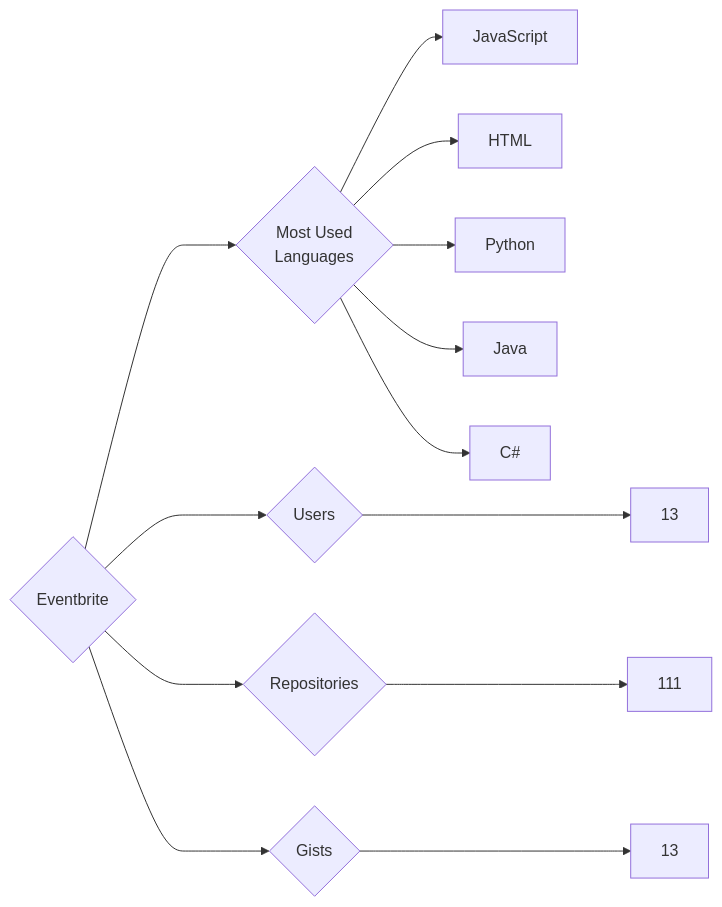
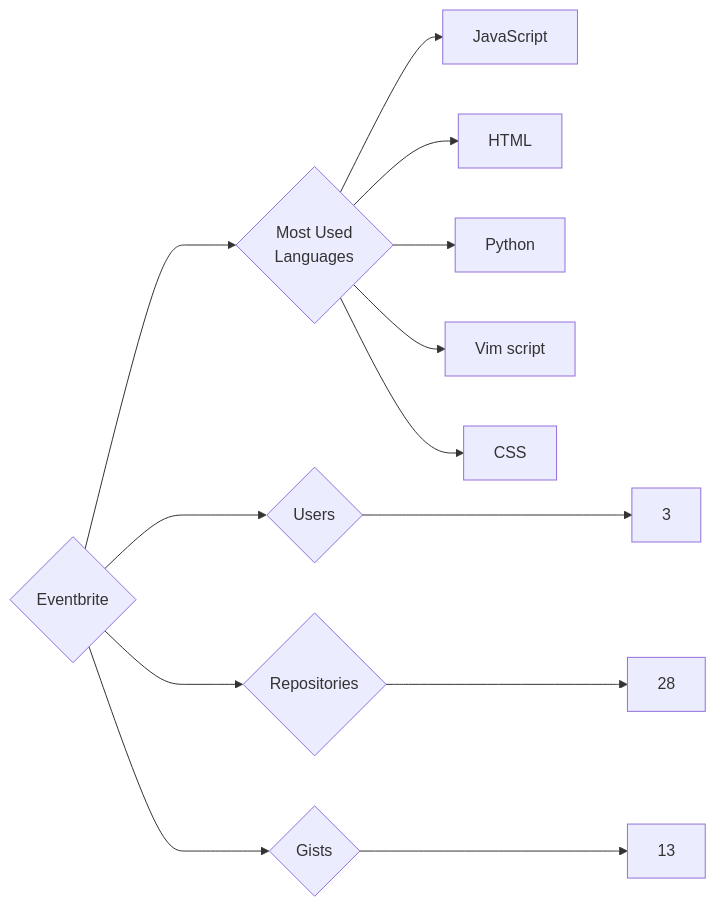
The diagram in targets/Eventbrite/README.md (trickest/insiders), drawn with Mermaid before and after one commit. The commit also changed 873 other files, not shown here.

````diff
--- a/targets/Eventbrite/README.md
+++ b/targets/Eventbrite/README.md
@@ -3,13 +3,13 @@
 ```mermaid
 graph LR
 COMPANY_NAME{Eventbrite}
-COMPANY_NAME ---> U{Users} ---> UN[13]
-COMPANY_NAME ---> R{Repositories} ---> RN[111]
+COMPANY_NAME ---> U{Users} ---> UN[3]
+COMPANY_NAME ---> R{Repositories} ---> RN[28]
 COMPANY_NAME ---> G{Gists} ---> GN[13]
 COMPANY_NAME ---> ML{Most Used<br>Languages}
 ML --> JavaScript[JavaScript]
 ML --> HTML[HTML]
 ML --> Python[Python]
-ML --> Java[Java]
-ML --> C#[C#]
+ML --> Vim_script[Vim script]
+ML --> CSS[CSS]
 ```
````
